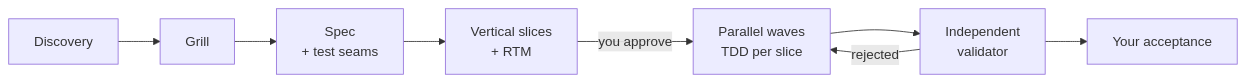
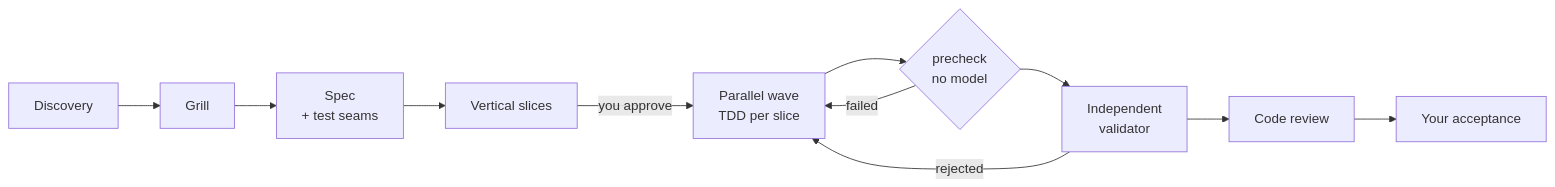
Before and after one commit to NowItMakesSense/aisef: the second of 2 diagrams in README.md, drawn with Mermaid. The commit also changed other lines of this file and 10 other files, not shown here.

````diff
--- a/README.md
+++ b/README.md
@@ -26,10 +52,13 @@
 ```mermaid
 flowchart LR
-  D[Discovery] --> G[Grill]
-  G --> S[Spec<br/>+ test seams]
-  S --> F[Vertical slices<br/>+ RTM]
-  F -->|you approve| W[Parallel waves<br/>TDD per slice]
-  W --> V[Independent<br/>validator]
-  V -->|rejected| W
-  V --> A[Your acceptance]
+  DS[Discovery] --> GR[Grill]
+  GR --> SP[Spec<br/>+ test seams]
+  SP --> FT[Vertical slices]
+  FT -->|you approve| ON[Parallel wave<br/>TDD per slice]
+  ON --> PC{precheck<br/>no model}
+  PC -->|failed| ON
+  PC --> VA[Independent<br/>validator]
+  VA -->|rejected| ON
+  VA --> CR[Code review]
+  CR --> AC[Your acceptance]
 ```
````
